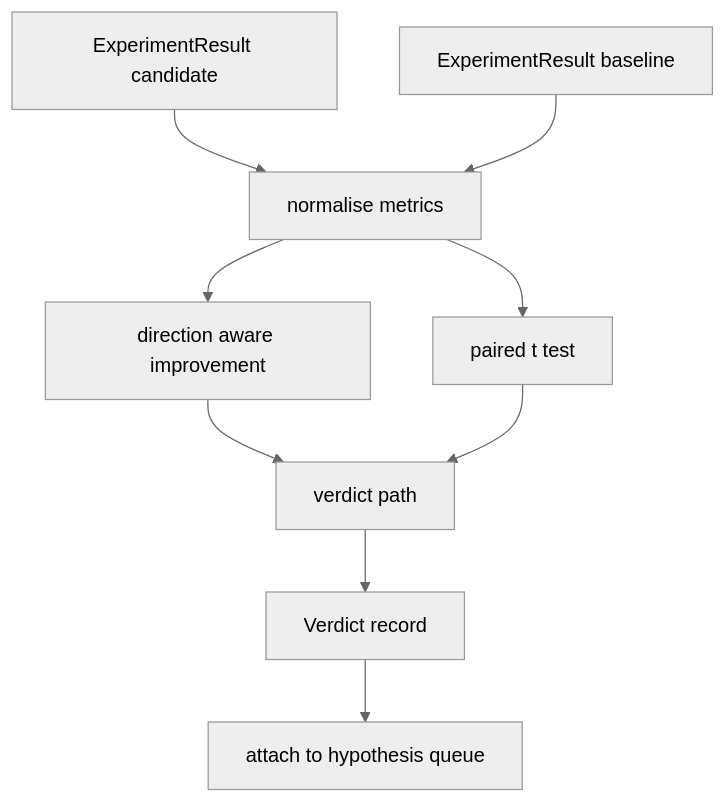
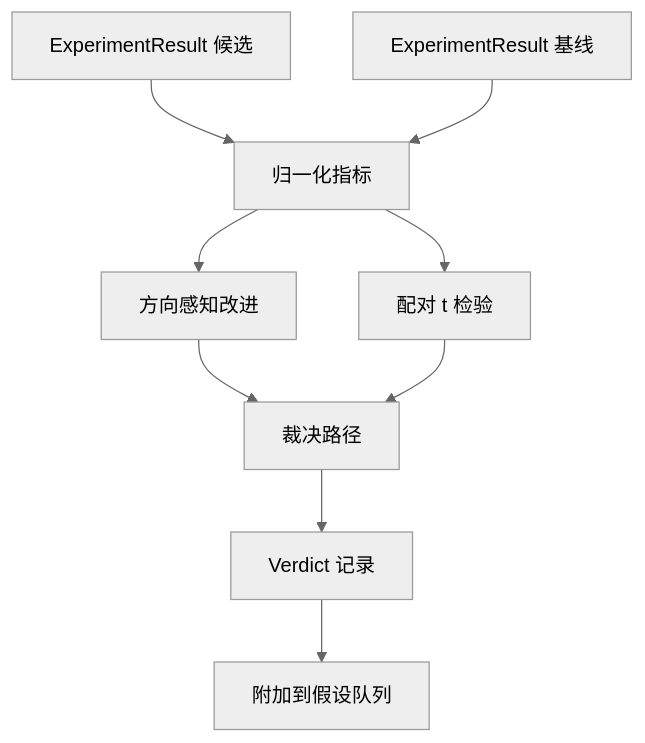
Before and after one commit to guangningsun/ailearning: the diagram in lessons/19-capstone-projects/53-result-evaluator/docs/zh.md, drawn with Mermaid (neutral theme). The commit also changed other lines of this file and 85 other files, not shown here.

````diff
--- a/lessons/19-capstone-projects/53-result-evaluator/docs/zh.md
+++ b/lessons/19-capstone-projects/53-result-evaluator/docs/zh.md
@@ -51,11 +52,11 @@
 ```mermaid
 flowchart TD
-    A[ExperimentResult candidate] --> N[normalise metrics]
-    B[ExperimentResult baseline] --> N
-    N --> I[direction aware improvement]
-    N --> T[paired t test]
-    I --> V[verdict path]
+    A[ExperimentResult 候选] --> N[归一化指标]
+    B[ExperimentResult 基线] --> N
+    N --> I[方向感知改进]
+    N --> T[配对 t 检验]
+    I --> V[裁决路径]
     T --> V
-    V --> O[Verdict record]
-    O --> Q[attach to hypothesis queue]
+    V --> O[Verdict 记录]
+    O --> Q[附加到假设队列]
 ```
````
